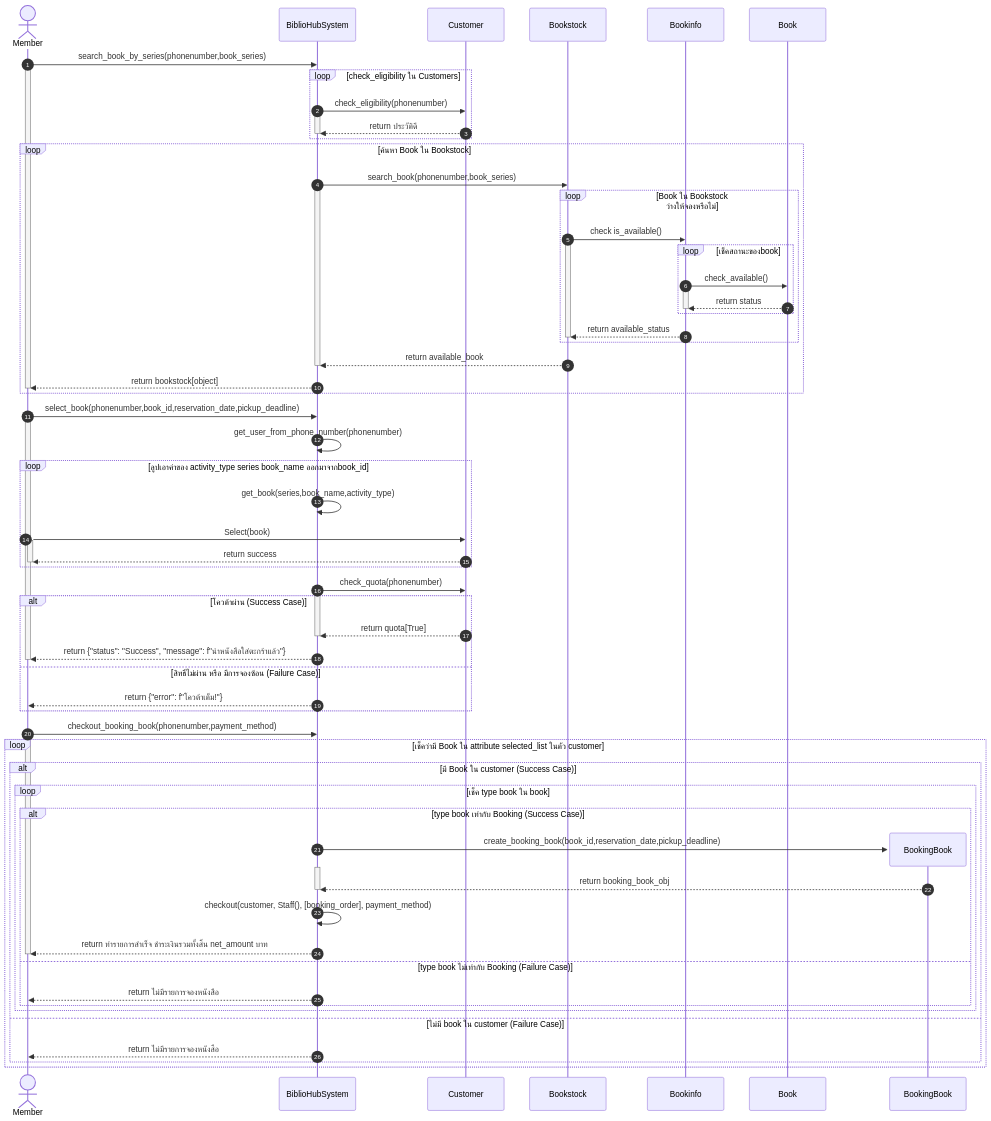
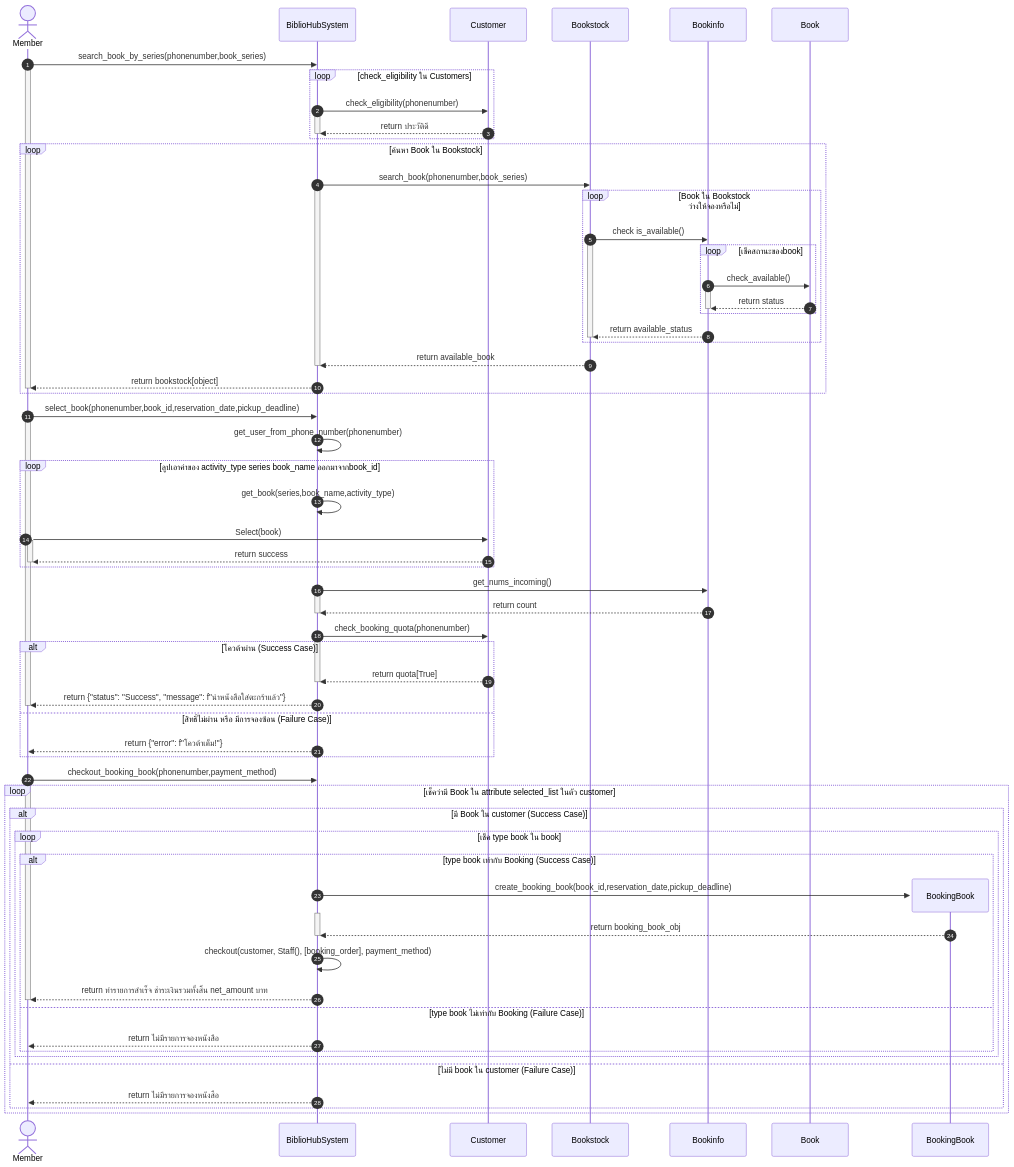
The diagram in mermaid/seq_booking_book.mmd (NadtaphumBadkhunthod/OOP), drawn with Mermaid before and after one commit. The commit also changed 1 other file, not shown here.

```diff
--- a/mermaid/seq_booking_book.mmd
+++ b/mermaid/seq_booking_book.mmd
@@ -1,83 +1,87 @@
 sequenceDiagram
     autonumber
     actor Member as Member
     participant System as BiblioHubSystem
     participant Customers as Customer   
     participant Bookstock as Bookstock 
     participant Bookinfo as Bookinfo 
     participant Book as Book
 
 
     Member->>System: search_book_by_series(phonenumber,book_series)
     activate Member
     loop check_eligibility ใน Customers
         System->>Customers: check_eligibility(phonenumber)
         activate System
         Customers-->>System: return ประวัติดี
         deactivate System
     end
     loop ค้นหา Book ใน Bookstock
         System->>Bookstock: search_book(phonenumber,book_series)
         activate System
         loop  Book ใน Bookstock ว่างให้จองหรือไม่
             Bookstock->>Bookinfo: check is_available()
             activate Bookstock
             loop เช็คสถานะของbook
                 
                 Bookinfo->>Book: check_available()
                 activate Bookinfo
                 Book-->>Bookinfo: return status
                 deactivate Bookinfo
                 
             end
             Bookinfo-->>Bookstock:return available_status
             deactivate Bookstock
         end
         Bookstock-->>System: return available_book
         deactivate System
         System-->>Member: return bookstock[object]
         deactivate Member
     end
     Member->>System: select_book(phonenumber,book_id,reservation_date,pickup_deadline)
     activate Member
     System->>System: get_user_from_phone_number(phonenumber)
     loop ลูปเอาค่าของ activity_type series book_name ออกมาจากbook_id
         System->>System: get_book(series,book_name,activity_type)
         Member->>Customers:Select(book)
         activate Member
         Customers-->>Member:return success
         deactivate Member
     end
-    System->>Customers: check_quota(phonenumber)
+    System->>Bookinfo: get_nums_incoming()
+    activate System
+    Bookinfo-->>System: return count
+    deactivate System
+    System->>Customers: check_booking_quota(phonenumber)
     activate System
     alt โควต้าผ่าน (Success Case)
         Customers-->>System: return quota[True]
         deactivate System
         System-->>Member: return {"status": "Success", "message": f"นำหนังสือใส่ตะกร้าแล้ว"}
         deactivate Member
     else สิทธิ์ไม่ผ่าน หรือ มีการจองซ้อน (Failure Case)
         System-->>Member: return {"error": f"โควต้าเต็ม!"}
     end
 
     Member->>System: checkout_booking_book(phonenumber,payment_method)
     activate Member
     loop เช็คว่ามี Book ใน attribute selected_list ในตัว customer
         alt มี Book ใน customer (Success Case)
             loop เช็ค type book ใน book
                 alt type book เท่ากับ Booking (Success Case)
                     create participant BB as BookingBook
                     System->>BB:create_booking_book(book_id,reservation_date,pickup_deadline)
                     activate System
                     BB -->>System:return booking_book_obj
                     deactivate System
                     System->>System:checkout(customer, Staff(), [booking_order], payment_method)
                     System-->>Member:return ทำรายการสำเร็จ ชำระเงินรวมทั้งสิ้น net_amount บาท
                     deactivate Member
                 else type book ไม่เท่ากับ Booking (Failure Case)
                     System-->>Member: return ไม่มีรายการจองหนังสือ
                 end
             end
         else ไม่มี book ใน customer (Failure Case)
             System-->>Member: return ไม่มีรายการจองหนังสือ
         end
     end
```
